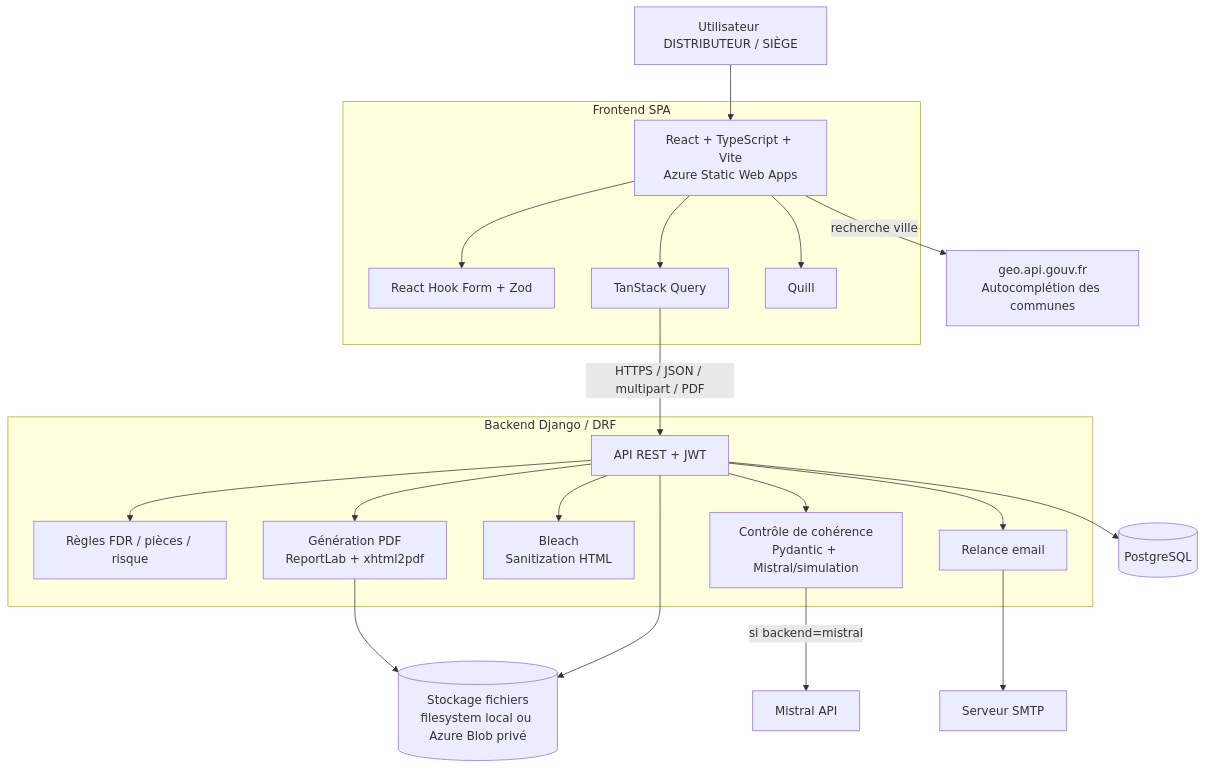
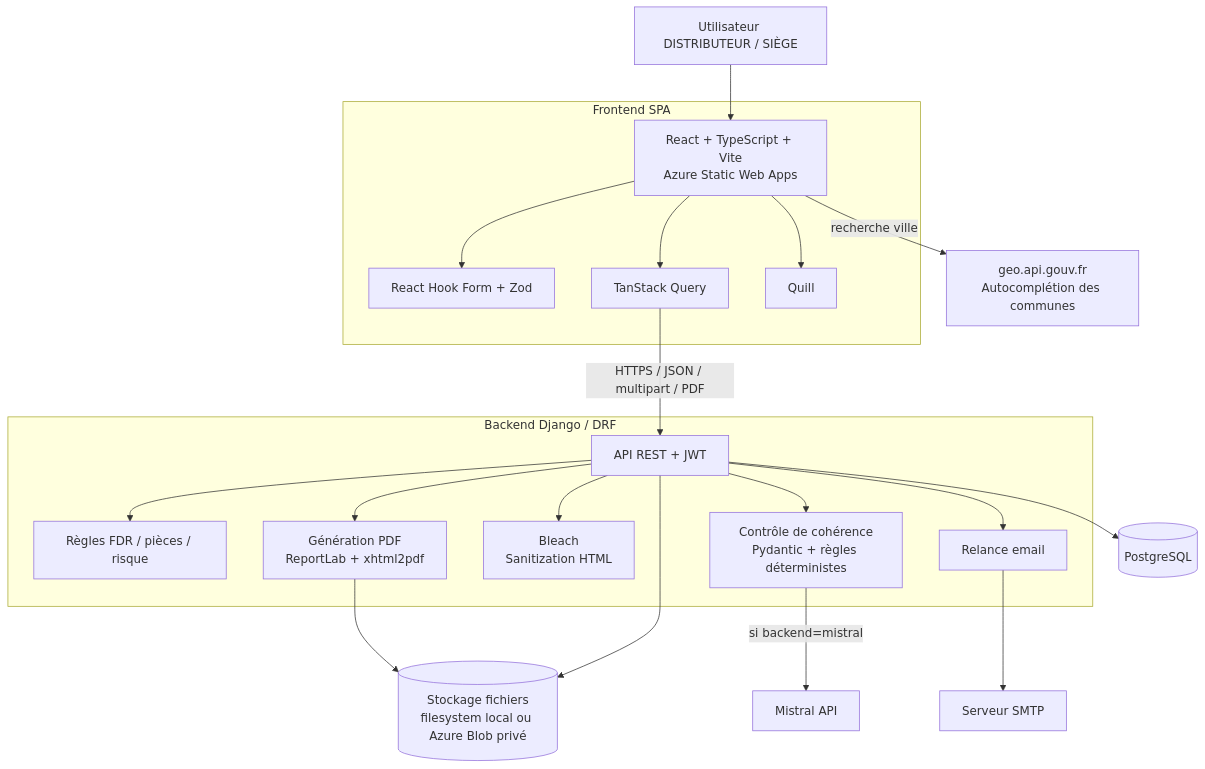
The diagram in docs/diagrams/architecture.md (wassimbouchlema/attestation-chantier), drawn with Mermaid before and after one commit. The commit also changed 16 other files, not shown here.

````diff
--- a/docs/diagrams/architecture.md
+++ b/docs/diagrams/architecture.md
@@ -3,45 +3,45 @@
 ```mermaid
 flowchart TB
     U[Utilisateur DISTRIBUTEUR / SIÈGE]
 
     subgraph FE[Frontend SPA]
       SWA[React + TypeScript + Vite\nAzure Static Web Apps]
       RHF[React Hook Form + Zod]
       TQ[TanStack Query]
       Q[Quill]
     end
 
     GEO[geo.api.gouv.fr\nAutocomplétion des communes]
 
     subgraph BE[Backend Django / DRF]
       API[API REST + JWT]
       RULES[Règles FDR / pièces / risque]
       DOCS[Génération PDF\nReportLab + xhtml2pdf]
       SAN[Bleach\nSanitization HTML]
-      AI[Contrôle de cohérence\nPydantic + Mistral/simulation]
+      AI[Contrôle de cohérence\nPydantic + règles déterministes]
       MAIL[Relance email]
     end
 
     PG[(PostgreSQL)]
     BLOB[(Stockage fichiers\nfilesystem local ou Azure Blob privé)]
     SMTP[Serveur SMTP]
     MISTRAL[Mistral API]
 
     U --> SWA
     SWA --> RHF
     SWA --> TQ
     SWA --> Q
     SWA -->|recherche ville| GEO
     TQ -->|HTTPS / JSON / multipart / PDF| API
 
     API --> RULES
     API --> DOCS
     API --> SAN
     API --> AI
     API --> MAIL
     API --> PG
     DOCS --> BLOB
     API --> BLOB
     AI -->|si backend=mistral| MISTRAL
     MAIL --> SMTP
 ```
````
